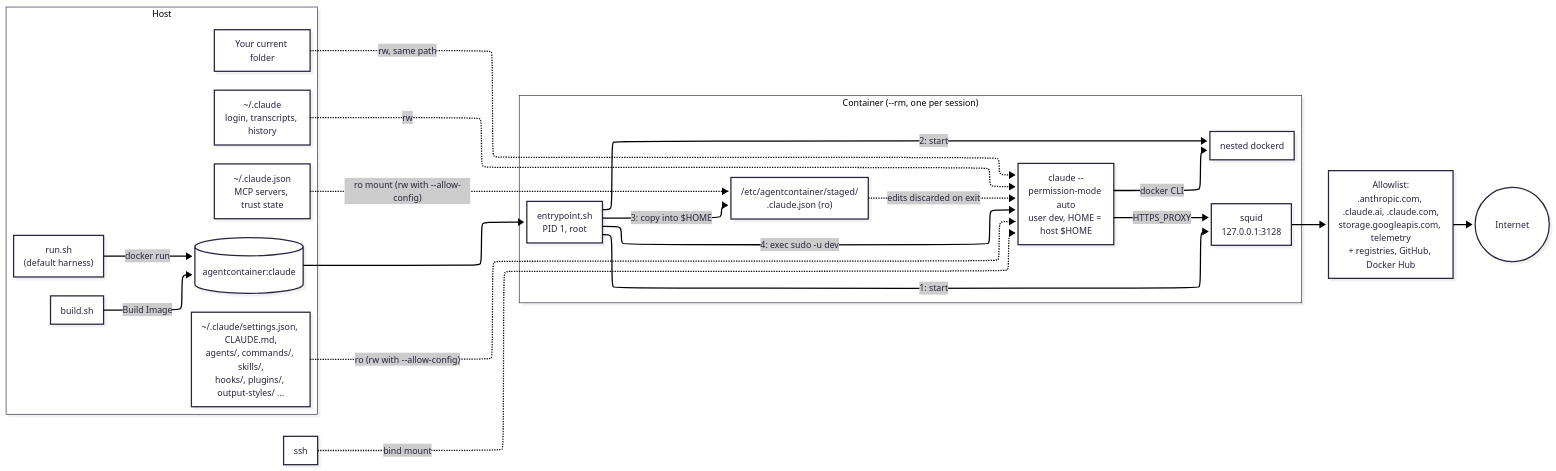
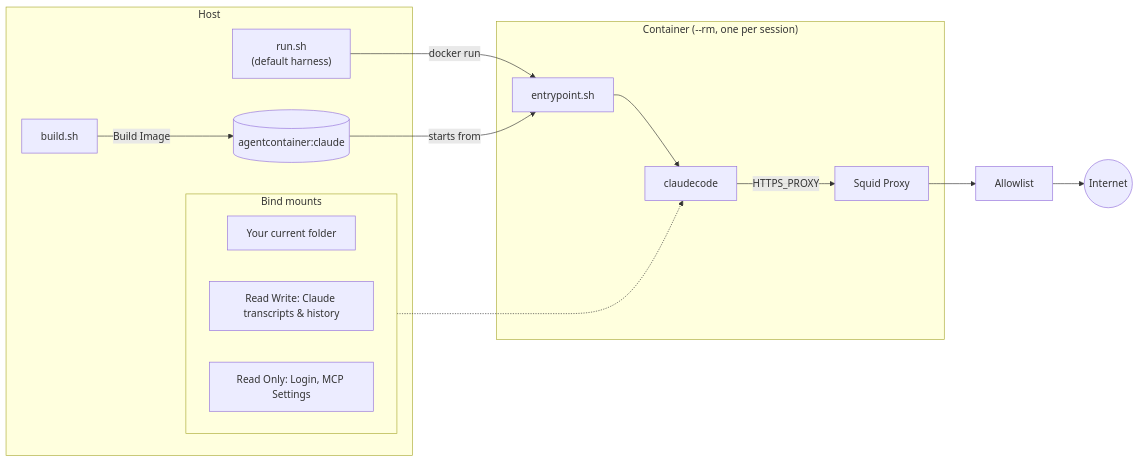
One commit to WildDogOne/Agent-Container changed the diagram in docs/quickstart-claude.md. Above: the diagram before and after it, drawn with Mermaid. The commit also changed other lines of this file, not shown here.

````diff
--- a/docs/quickstart-claude.md
+++ b/docs/quickstart-claude.md
@@ -44,58 +100,29 @@
 ```mermaid
----
-config:
-  # mermaid.live look (Mermaid 12 defaults, set explicitly for older renderers)
-  theme: redux-color
-  look: neo
-  layout: elk
-  themeVariables:
-    fontFamily: '"Recursive Variable", Recursive, "trebuchet ms", verdana, arial, sans-serif'
-    fontSize: 14px
-  flowchart:
-    curve: basis
-    padding: 15
-    nodeSpacing: 50
-    rankSpacing: 50
-    diagramPadding: 8
-    wrappingWidth: 120
-    minNodeWidth: 120
----
 flowchart LR
     subgraph host["Host"]
+        buildsh["build.sh"]
         runsh["run.sh<br/>(default harness)"]
-        pwd["Your current folder"]
-        state["~/.claude<br/>login, transcripts, history"]
-        cfg["~/.claude/settings.json, CLAUDE.md,<br/>agents/, commands/, skills/,<br/>hooks/, plugins/, output-styles/ ..."]
-        staged["~/.claude.json<br/>MCP servers, trust state"]
         image[("agentcontainer:claude")]
-        buildsh["build.sh"]
+        subgraph mounts["Bind mounts"]
+            direction LR
+            pwd["Your current folder"]
+            state["Read Write: Claude transcripts & history"]
+            staged["Read Only: Login, MCP Settings"]
+        end
     end
 
     subgraph ctr["Container (--rm, one per session)"]
-        pid1["entrypoint.sh<br/>PID 1, root"]
-        squid["squid<br/>127.0.0.1:3128"]
-        dockerd["nested dockerd"]
-        copy["/etc/agentcontainer/staged/<br/>.claude.json (ro)"]
-        claude["claude --permission-mode auto<br/>user dev, HOME = host $HOME"]
+        pid1["entrypoint.sh"]
+        claude["claudecode"]
+        squid["Squid Proxy"]
     end
 
-    allow["Allowlist:<br/>.anthropic.com, .claude.ai, .claude.com,<br/>storage.googleapis.com, telemetry<br/>+ registries, GitHub, Docker Hub"]
+    allow["Allowlist"]
     internet(("Internet"))
-    buildsh --> |Build Image| image
-    runsh -- "docker run" --> image --> pid1
-    pid1 -- "1: start" --> squid
-    pid1 -- "2: start" --> dockerd
-    pid1 -- "3: copy into $HOME" --> copy
-    pid1 -- "4: exec sudo -u dev" --> claude
 
-    pwd -. "rw, same path" .-> claude
-    state -. "rw" .-> claude
-    cfg -. "ro (rw with --allow-config)" .-> claude
-    staged -. "ro mount (rw with --allow-config)" .-> copy
-    copy -. "edits discarded on exit" .-> claude
-    ssh -. "bind mount" .-> claude
-
-    claude -- "HTTPS_PROXY" --> squid
-    claude -- "docker CLI" --> dockerd
-    squid --> allow --> internet
+    buildsh -- "Build Image" --> image
+    runsh -- "docker run" --> pid1
+    image -- "starts from" --> pid1 --> claude
+    mounts -.-> claude
+    claude -- "HTTPS_PROXY" --> squid --> allow --> internet
 ```
````
